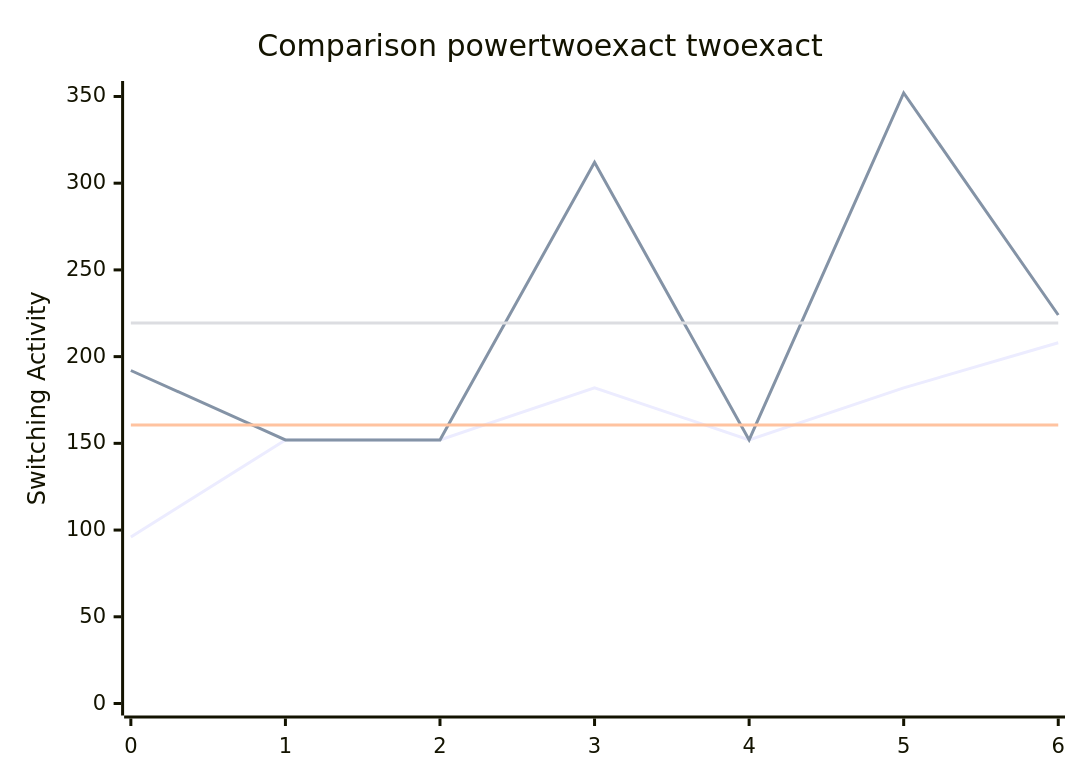
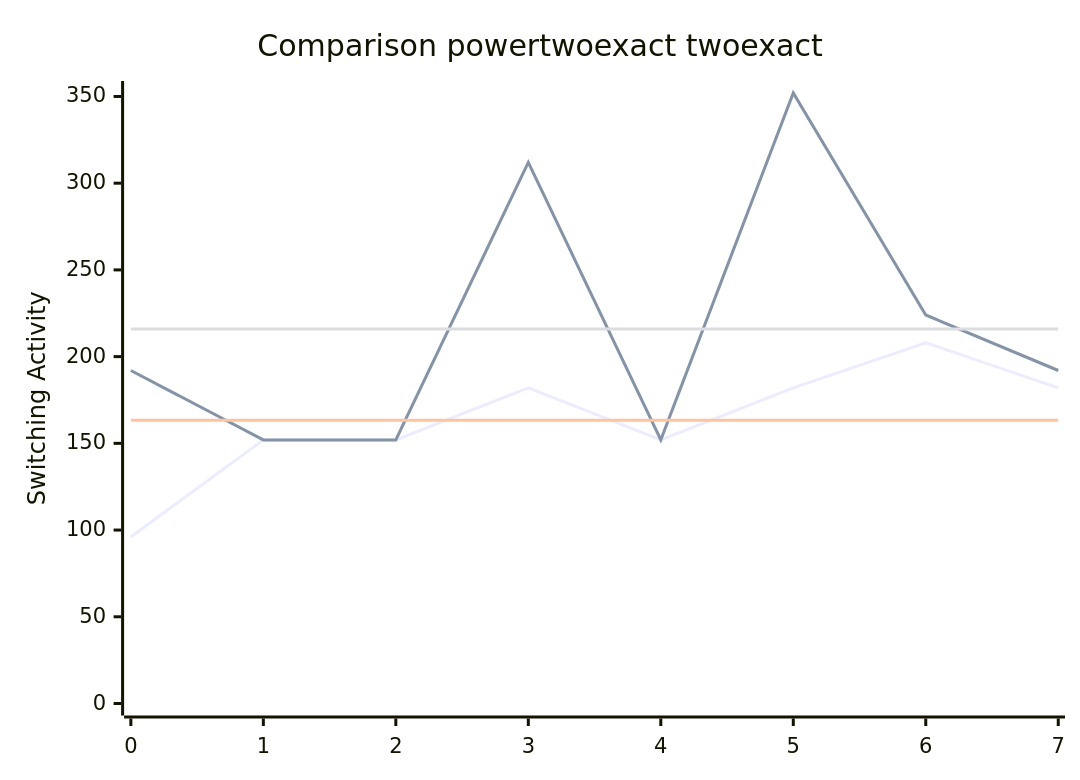
One commit to FeldmeierMichael/Exact-Power-Synthesis changed the diagram in benchmark.md. Above: the diagram before and after it, drawn with Mermaid. The commit also changed other lines of this file and 2 other files, not shown here.

````diff
--- a/benchmark.md
+++ b/benchmark.md
@@ -11,10 +11,10 @@
 ```mermaid
 xychart-beta
     title "Comparison powertwoexact twoexact"
-    x-axis [0, 1, 2, 3, 4, 5, 6]
+    x-axis [0, 1, 2, 3, 4, 5, 6, 7]
     y-axis "Switching Activity" 0-->352
-    line [96, 152, 152, 182, 152, 182, 208]
-    line [192, 152, 152, 312, 152, 352, 224]
-    line [160.57142857142858, 160.57142857142858, 160.57142857142858, 160.57142857142858, 160.57142857142858, 160.57142857142858, 160.57142857142858]
-    line [219.42857142857142, 219.42857142857142, 219.42857142857142, 219.42857142857142, 219.42857142857142, 219.42857142857142, 219.42857142857142]
+    line [96, 152, 152, 182, 152, 182, 208, 182]
+    line [192, 152, 152, 312, 152, 352, 224, 192]
+    line [163.25, 163.25, 163.25, 163.25, 163.25, 163.25, 163.25, 163.25]
+    line [216.0, 216.0, 216.0, 216.0, 216.0, 216.0, 216.0, 216.0]
 ```
````
